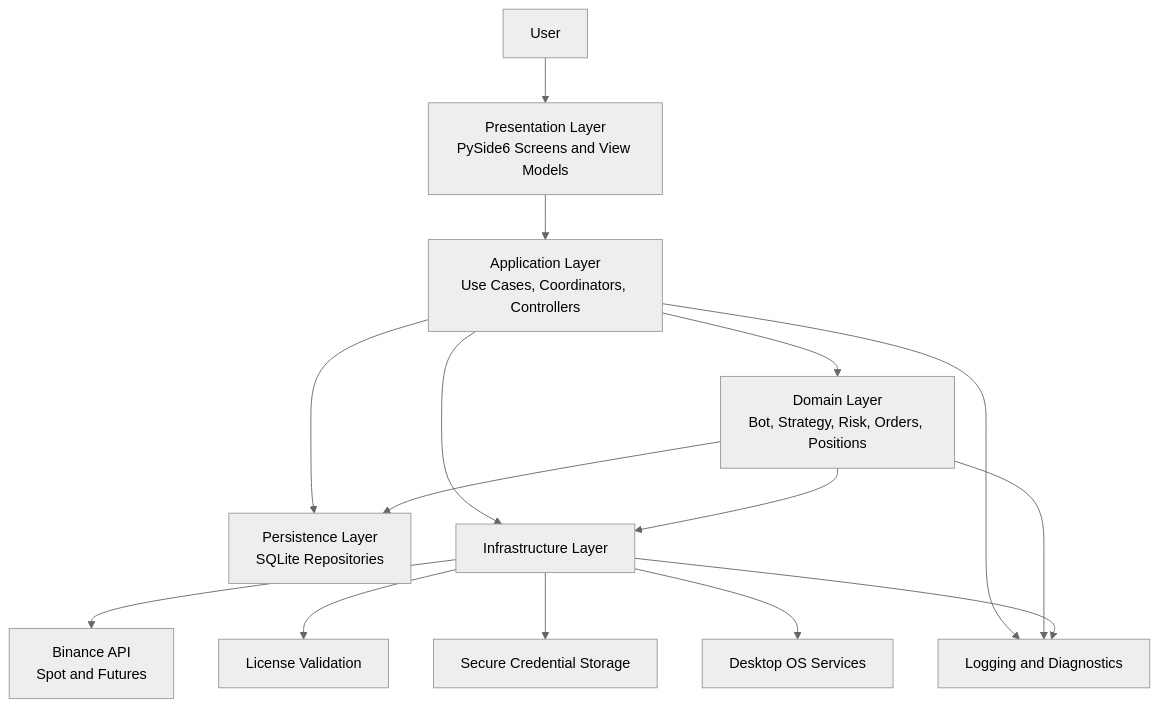
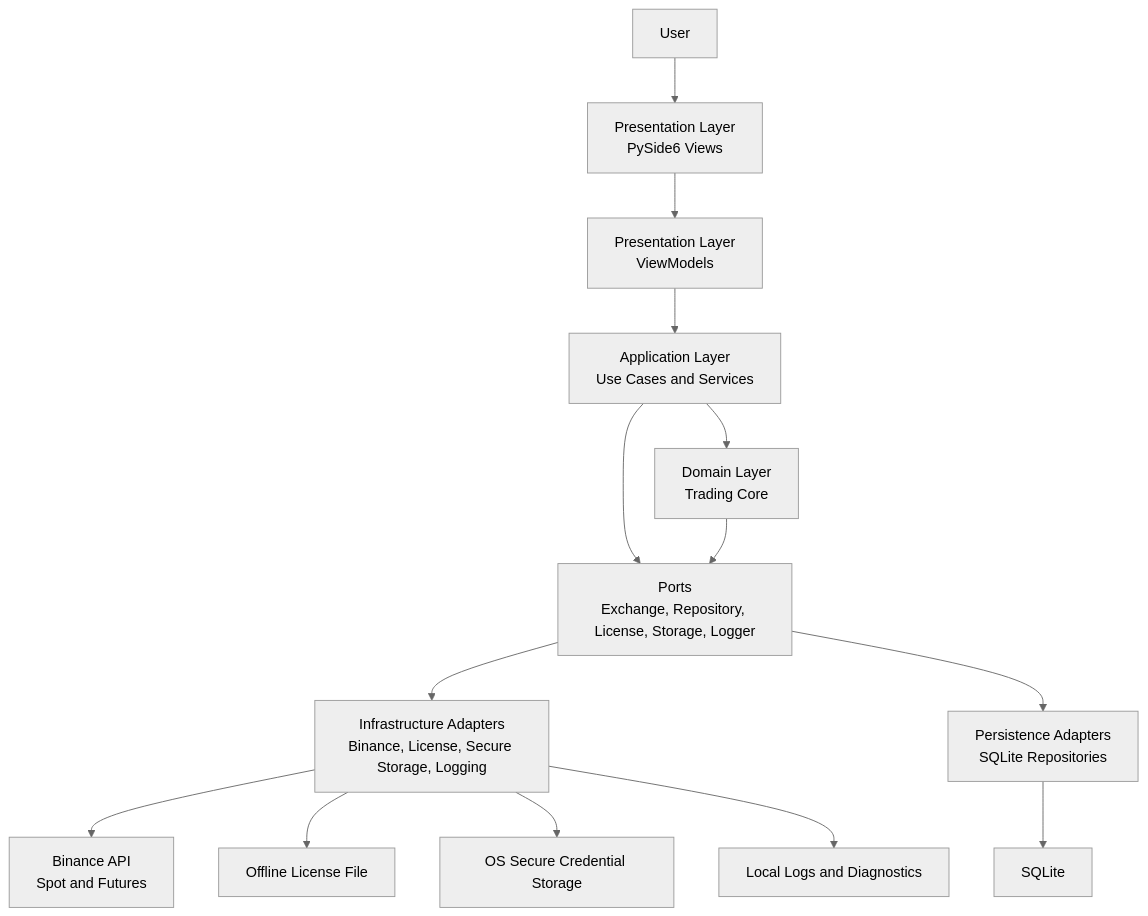
The third of 23 diagrams in docs/architecture.md (yukasung/tiewtrade), drawn with Mermaid (neutral theme) before and after one commit. The commit also changed other lines of this file and 5 other files, not shown here.

Commit message:
Align architecture documentation decisions

````diff
--- a/docs/architecture.md
+++ b/docs/architecture.md
@@ -131,22 +441,19 @@
 ```mermaid
 flowchart TB
-    User["User"] --> UI["Presentation Layer<br/>PySide6 Screens and View Models"]
+    User["User"] --> Views["Presentation Layer<br/>PySide6 Views"]
+    Views --> ViewModels["Presentation Layer<br/>ViewModels"]
+    ViewModels --> App["Application Layer<br/>Use Cases and Services"]
+    App --> Domain["Domain Layer<br/>Trading Core"]
+    App --> Ports["Ports<br/>Exchange, Repository, License, Storage, Logger"]
+    Domain --> Ports
 
-    UI --> App["Application Layer<br/>Use Cases, Coordinators, Controllers"]
-    App --> Domain["Domain Layer<br/>Bot, Strategy, Risk, Orders, Positions"]
-
-    App --> Persist["Persistence Layer<br/>SQLite Repositories"]
-    Domain --> Persist
-
-    App --> Infra["Infrastructure Layer"]
-    Domain --> Infra
+    Ports --> Infra["Infrastructure Adapters<br/>Binance, License, Secure Storage, Logging"]
+    Ports --> Persist["Persistence Adapters<br/>SQLite Repositories"]
 
     Infra --> Binance["Binance API<br/>Spot and Futures"]
-    Infra --> License["License Validation"]
-    Infra --> SecureStore["Secure Credential Storage"]
-    Infra --> OS["Desktop OS Services"]
+    Infra --> License["Offline License File"]
+    Infra --> SecureStore["OS Secure Credential Storage"]
+    Persist --> SQLite["SQLite"]
 
-    App --> Logging["Logging and Diagnostics"]
-    Domain --> Logging
-    Infra --> Logging
+    Infra --> Logs["Local Logs and Diagnostics"]
 ```
````
